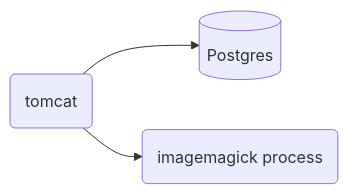
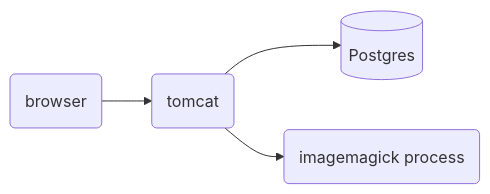
The diagram in README.md (EmotionFlow/unrealizm), drawn with Mermaid before and after one commit. The commit also changed other lines of this file, not shown here.

````diff
--- a/README.md
+++ b/README.md
@@ -6,4 +9,4 @@
 ```mermaid
 flowchart LR
-  id1(tomcat) --> id2[(Postgres)] & id3(imagemagick process)
+  id4(browser) --> id1(tomcat) --> id2[(Postgres)] & id3(imagemagick process)
 ```
````
